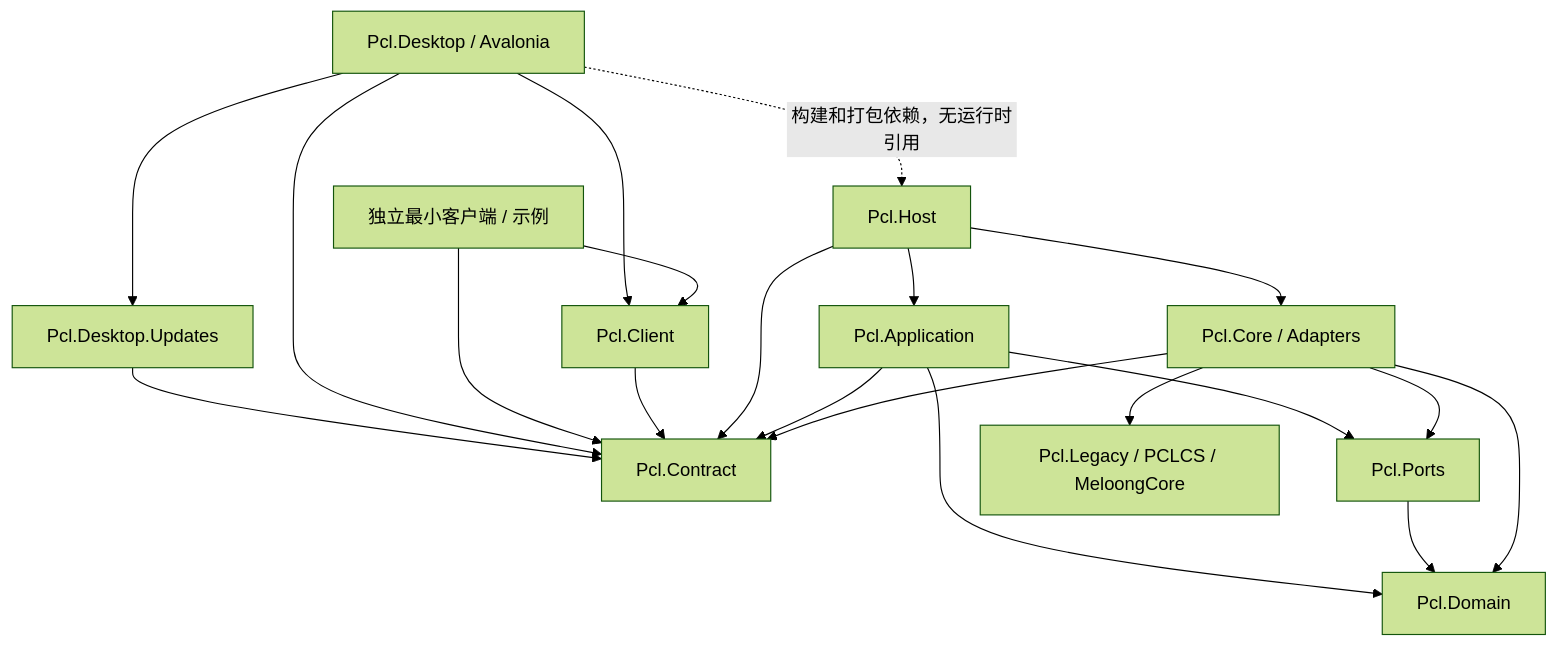
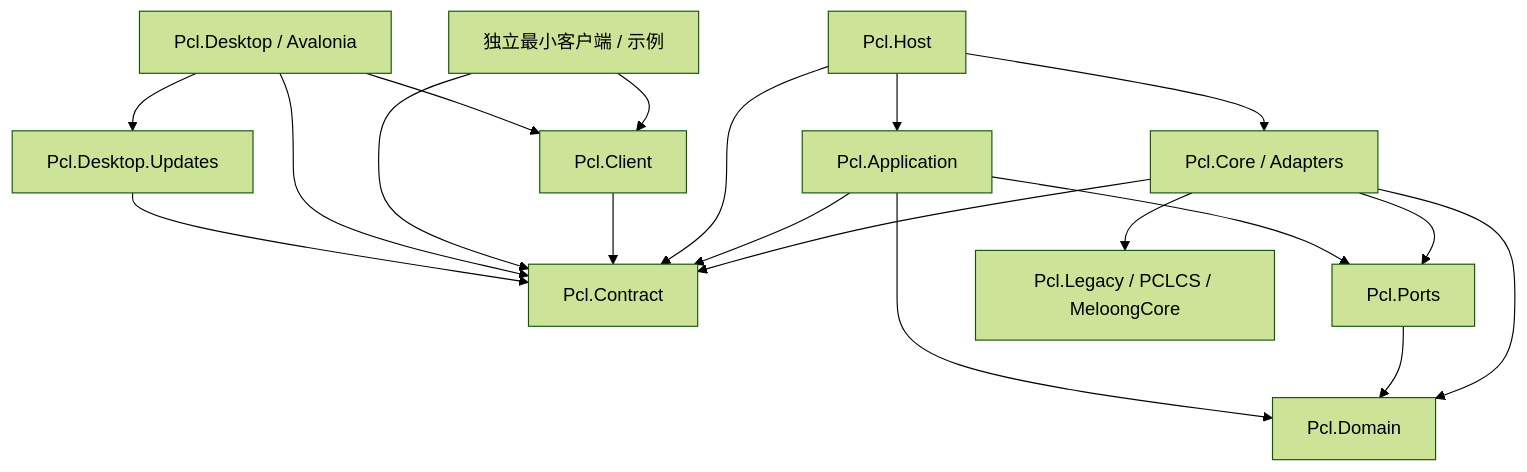
One commit to ParadoxRin/Plain_Craft_Launcher_Refactoring_Core changed the first of 4 diagrams in docs/架构与设计取舍.md. Above: the diagram before and after it, drawn with Mermaid (forest theme). The commit also changed other lines of this file and 3 other files, not shown here.

Commit message:
docs: align architecture with independent builds and remove migration history

````diff
--- a/docs/架构与设计取舍.md
+++ b/docs/架构与设计取舍.md
@@ -6,22 +6,22 @@
 ```mermaid
 flowchart TB
   Desktop[Pcl.Desktop / Avalonia] --> Client[Pcl.Client]
   Desktop --> Updates[Pcl.Desktop.Updates]
   Updates --> Contract
   Desktop --> Contract[Pcl.Contract]
   Minimal[独立最小客户端 / 示例] --> Client
   Minimal --> Contract
   Client --> Contract
-  Desktop -.构建和打包依赖，无运行时引用.-> Host[Pcl.Host]
+  Host[Pcl.Host]
   Host --> App[Pcl.Application]
   Host --> Core[Pcl.Core / Adapters]
   Host --> Contract
   App --> Contract
   App --> Domain[Pcl.Domain]
   App --> Ports[Pcl.Ports]
   Ports --> Domain
   Core --> Contract
   Core --> Ports
   Core --> Domain
   Core --> Legacy[Pcl.Legacy / PCLCS / MeloongCore]
 ```
````
